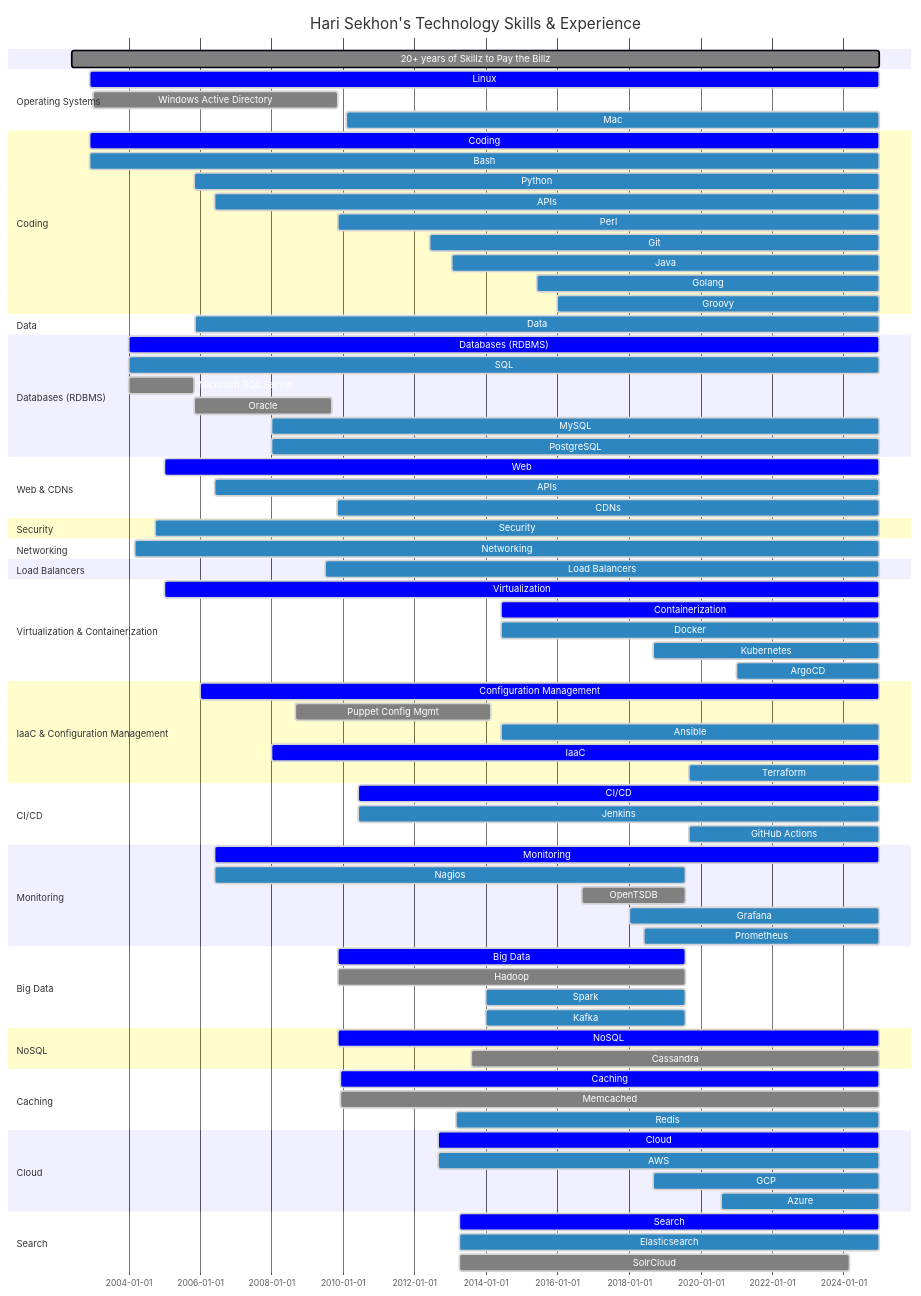
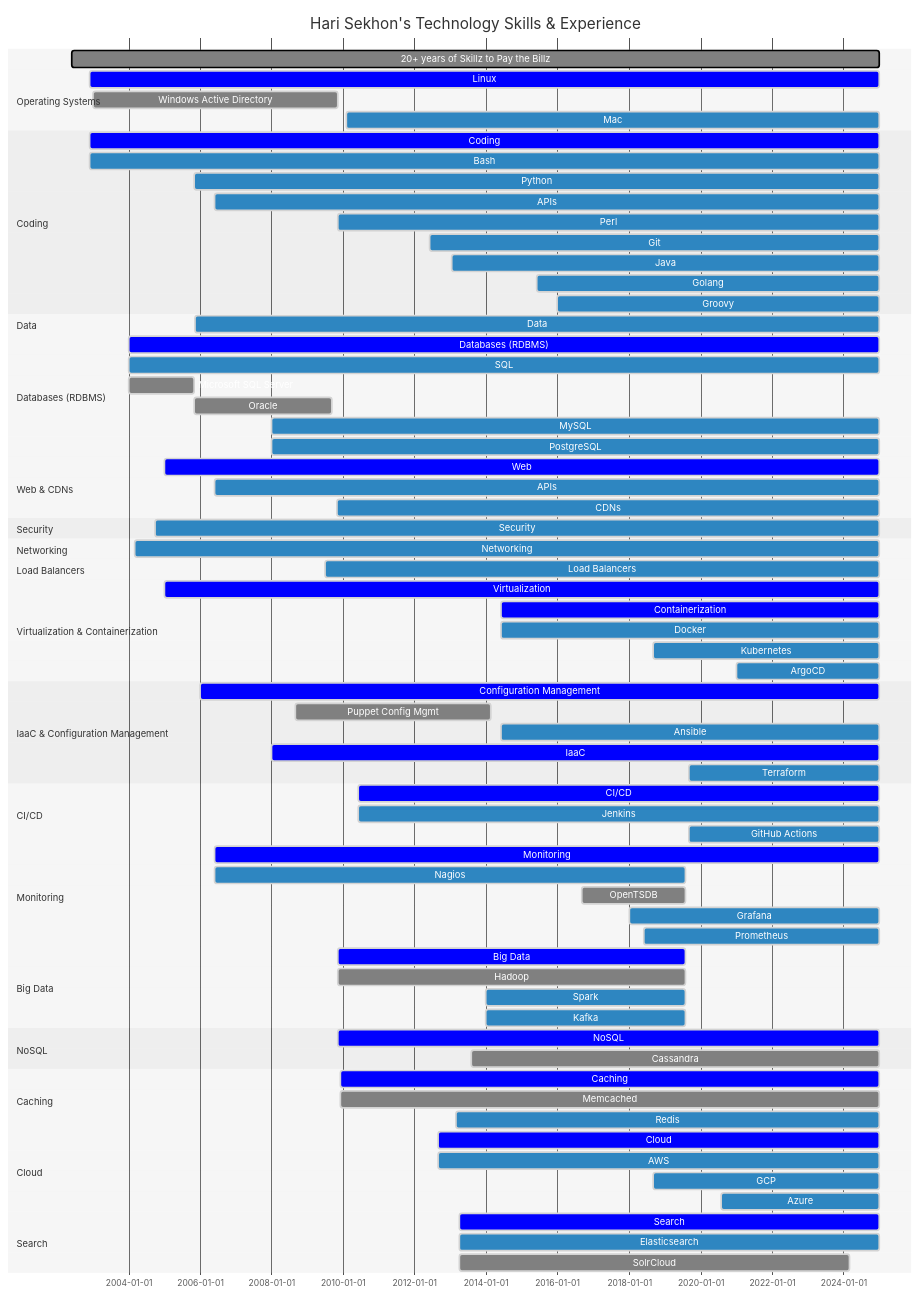
One commit to HariSekhon/HariSekhon changed the diagram in README.md. Above: the diagram before and after it, drawn with Mermaid.

```diff
--- a/README.md
+++ b/README.md
@@ -293,7 +293,11 @@
           'taskTextDarkColor': 'white',
           'taskTextLightColor': 'black',
           'taskTextOutsideColor': 'white',
-          'taskTextClickableColor': 'white'
+          'taskTextClickableColor': 'white',
+          'gridColor': 'lightgrey',
+          'sectionBkgColor': 'lightgrey',
+          'altSectionBkgColor': 'lightgrey',
+          'sectionBkgColor2': 'darkgrey'
         }
     }
 }%%
```
